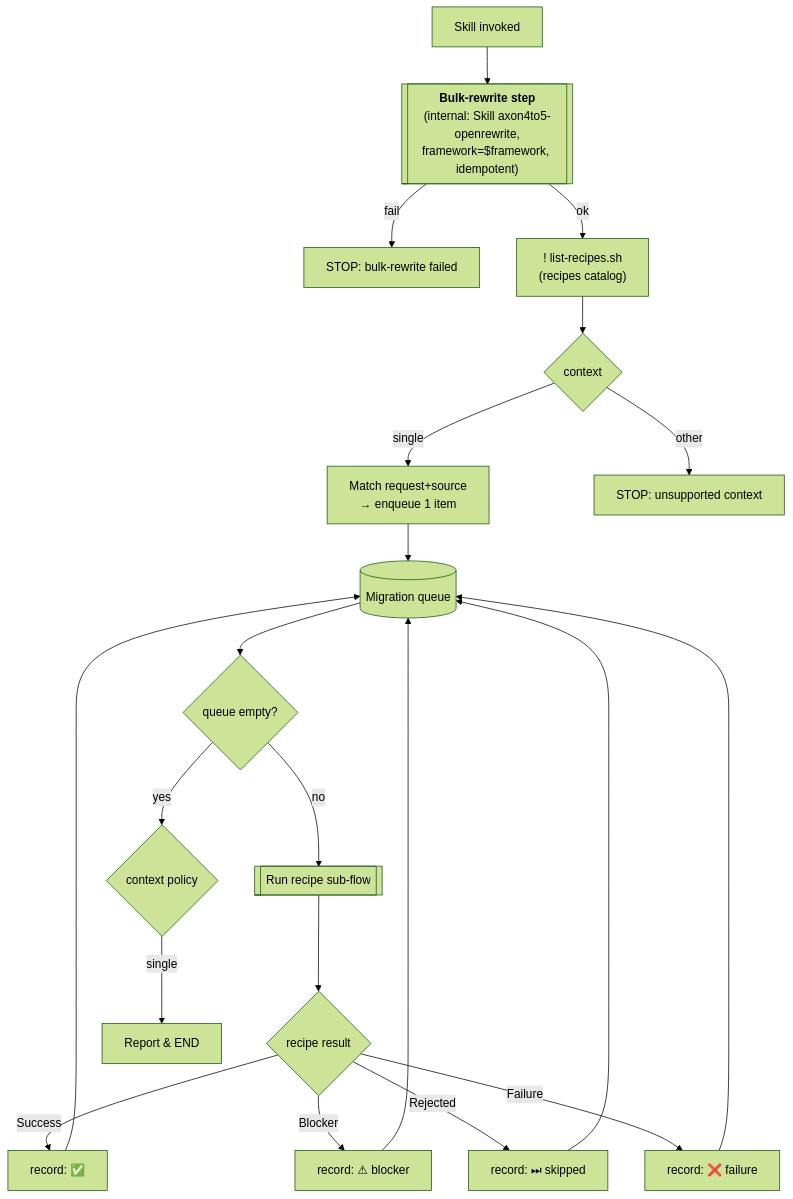
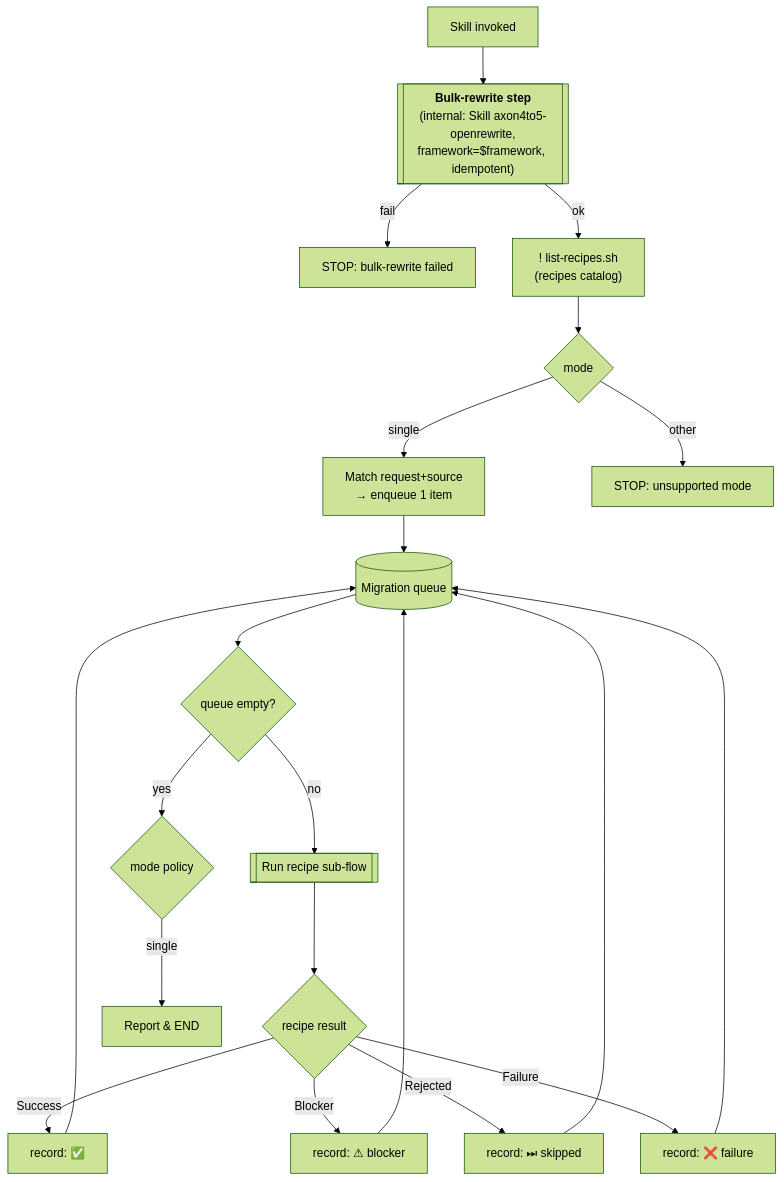
Before and after one commit to AxonIQ/agent-skills: the first of 2 diagrams in skills/axon4to5-migrate/SKILL.md, drawn with Mermaid (forest theme). The commit also changed other lines of this file and 1 other file, not shown here.

First line of the commit message:
skills(axon4to5-migrate): rename `context` parameter to `mode` for clarity and update documentation

````diff
--- a/skills/axon4to5-migrate/SKILL.md
+++ b/skills/axon4to5-migrate/SKILL.md
@@ -69,29 +69,29 @@
 ```mermaid
 flowchart TD
     A[Skill invoked] --> ORW[["<b>Bulk-rewrite step</b><br/>(internal: Skill axon4to5-openrewrite,<br/>framework=$framework, idempotent)"]]
     ORW -- fail --> XORW[STOP: bulk-rewrite failed]
     ORW -- ok --> B["! list-recipes.sh<br/>(recipes catalog)"]
-    B --> C{context}
+    B --> C{mode}
 
-    %% context-specific producers — all feed the same queue
+    %% mode-specific producers — all feed the same queue
     C -- single --> P1["Match request+source<br/>→ enqueue 1 item"]
-    C -- other --> X[STOP: unsupported context]
+    C -- other --> X[STOP: unsupported mode]
     P1 --> Q[(Migration queue)]
 
     %% shared processing loop
     Q --> L{queue empty?}
     L -- no --> W[[Run recipe sub-flow]]
     W --> R{recipe result}
     R -- Success --> REC["record: ✅"]
     R -- Blocker --> REC2["record: ⚠ blocker"]
     R -- Rejected --> REC3["record: ⏭ skipped"]
     R -- Failure --> REC4["record: ❌ failure"]
     REC --> Q
     REC2 --> Q
     REC3 --> Q
     REC4 --> Q
-    L -- yes --> M{context policy}
+    L -- yes --> M{mode policy}
 
-    %% empty-queue behavior per context
+    %% empty-queue behavior per mode
     M -- single --> E["Report &amp; END"]
 ```
````
